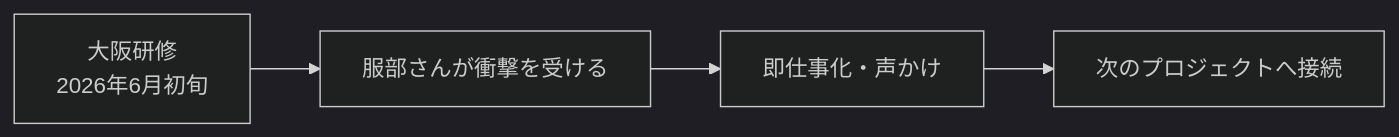
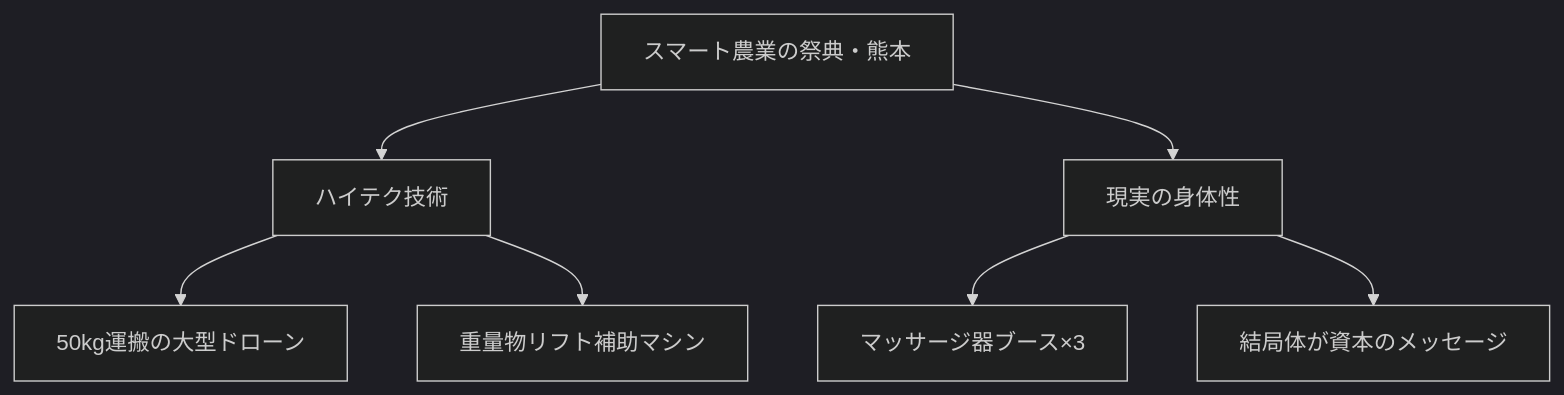
Before and after one commit to VOMOYA/planetary-learning-mtg-reports: the second of 10 diagrams in プラネタリーラーニング運営MTG_20260604.md, drawn with Mermaid (dark theme). The commit also changed other lines of this file, not shown here.

````diff
--- a/プラネタリーラーニング運営MTG_20260604.md
+++ b/プラネタリーラーニング運営MTG_20260604.md
@@ -62,6 +109,9 @@
 ```mermaid
-graph LR
-  A[大阪研修<br/>2026年6月初旬] --> B[服部さんが衝撃を受ける]
-  B --> C[即仕事化・声かけ]
-  C --> D[次のプロジェクトへ接続]
+graph TD
+  A[スマート農業の祭典・熊本] --> B[ハイテク技術]
+  A --> C[現実の身体性]
+  B --> B1[50kg運搬の大型ドローン]
+  B --> B2[重量物リフト補助マシン]
+  C --> C1[マッサージ器ブース×3]
+  C --> C2[結局体が資本のメッセージ]
 ```
````
